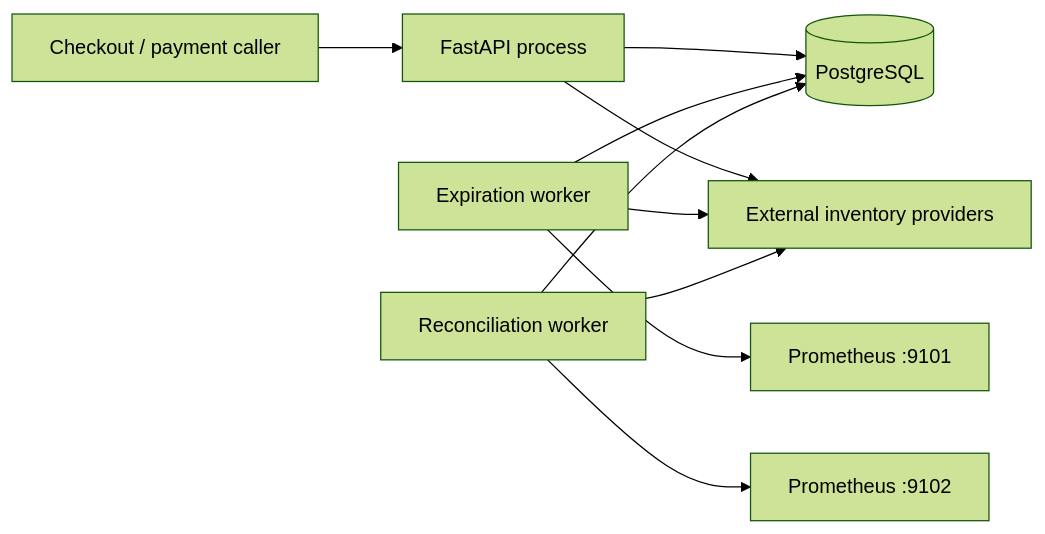
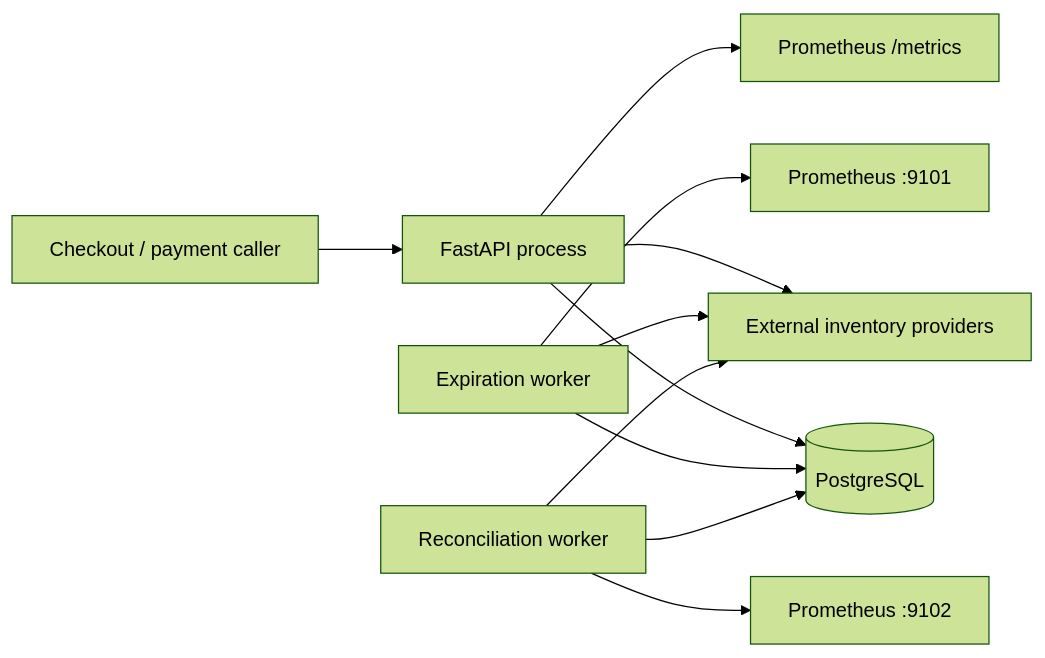
The diagram in ARCHITECTURE.md (arminazimi/inventory_reservatio_service), drawn with Mermaid (forest theme) before and after one commit. The commit also changed other lines of this file and 2 other files, not shown here.

````diff
--- a/ARCHITECTURE.md
+++ b/ARCHITECTURE.md
@@ -59,12 +59,13 @@
 ```mermaid
 flowchart LR
     Caller["Checkout / payment caller"] --> API["FastAPI process"]
     API --> DB[("PostgreSQL")]
     API --> Provider["External inventory providers"]
+    API --> Metrics0["Prometheus /metrics"]
     Expiry["Expiration worker"] --> DB
     Expiry --> Provider
     Reconcile["Reconciliation worker"] --> DB
     Reconcile --> Provider
     Expiry --> Metrics1["Prometheus :9101"]
     Reconcile --> Metrics2["Prometheus :9102"]
 ```
````
